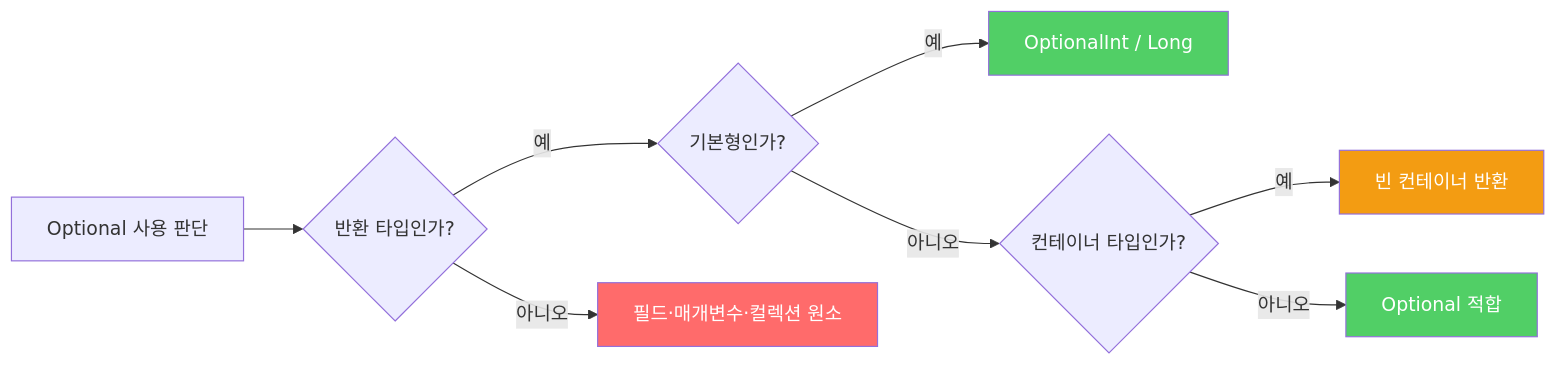
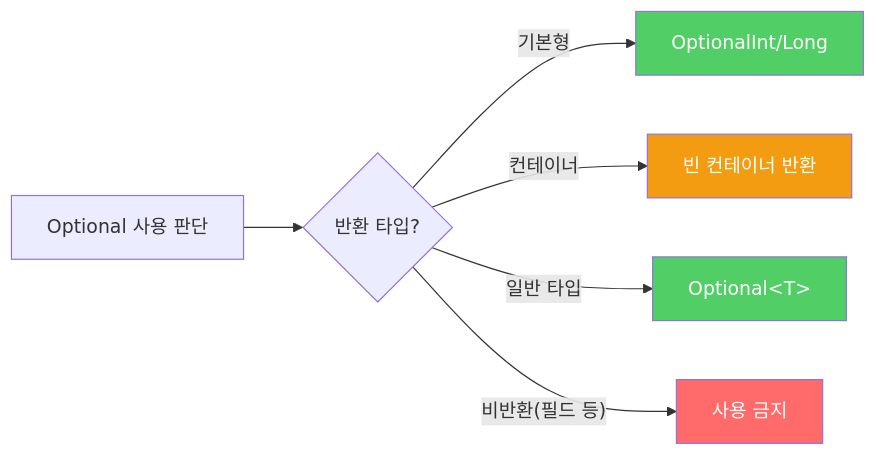
One commit to yjkim2015/yjkim2015.github.io changed the second of 2 diagrams in _posts/java/2022-02-08-effective-java55.md. Above: the diagram before and after it, drawn with Mermaid. The commit also changed other lines of this file and 245 other files, not shown here.

First line of the commit message:
Mermaid 다이어그램 전면 수정 + 면접 포인트 접기/펼치기 + DB 데드락 페이지

````diff
--- a/_posts/java/2022-02-08-effective-java55.md
+++ b/_posts/java/2022-02-08-effective-java55.md
@@ -164,14 +162,12 @@
 ```mermaid
 graph LR
-    A["Optional 사용 판단"] --> B{"반환 타입인가?"}
-    B -- 예 --> C{"기본형인가?"}
-    C -- 예 --> D["OptionalInt / Long"]
-    C -- 아니오 --> E{"컨테이너 타입인가?"}
-    E -- 예 --> F["빈 컨테이너 반환"]
-    E -- 아니오 --> G["Optional<T> 적합"]
-    B -- 아니오 --> H["필드·매개변수·컬렉션 원소"]
+    A["Optional 사용 판단"] --> B{"반환 타입?"}
+    B -->|"기본형"| D["OptionalInt/Long"]
+    B -->|"컨테이너"| F["빈 컨테이너 반환"]
+    B -->|"일반 타입"| G["Optional&lt;T&gt; "]
+    B -->|"비반환(필드 등)"| H["사용 금지"]
     style D fill:#51cf66,color:#fff
     style G fill:#51cf66,color:#fff
     style F fill:#f39c12,color:#fff
     style H fill:#ff6b6b,color:#fff
 ```
````
